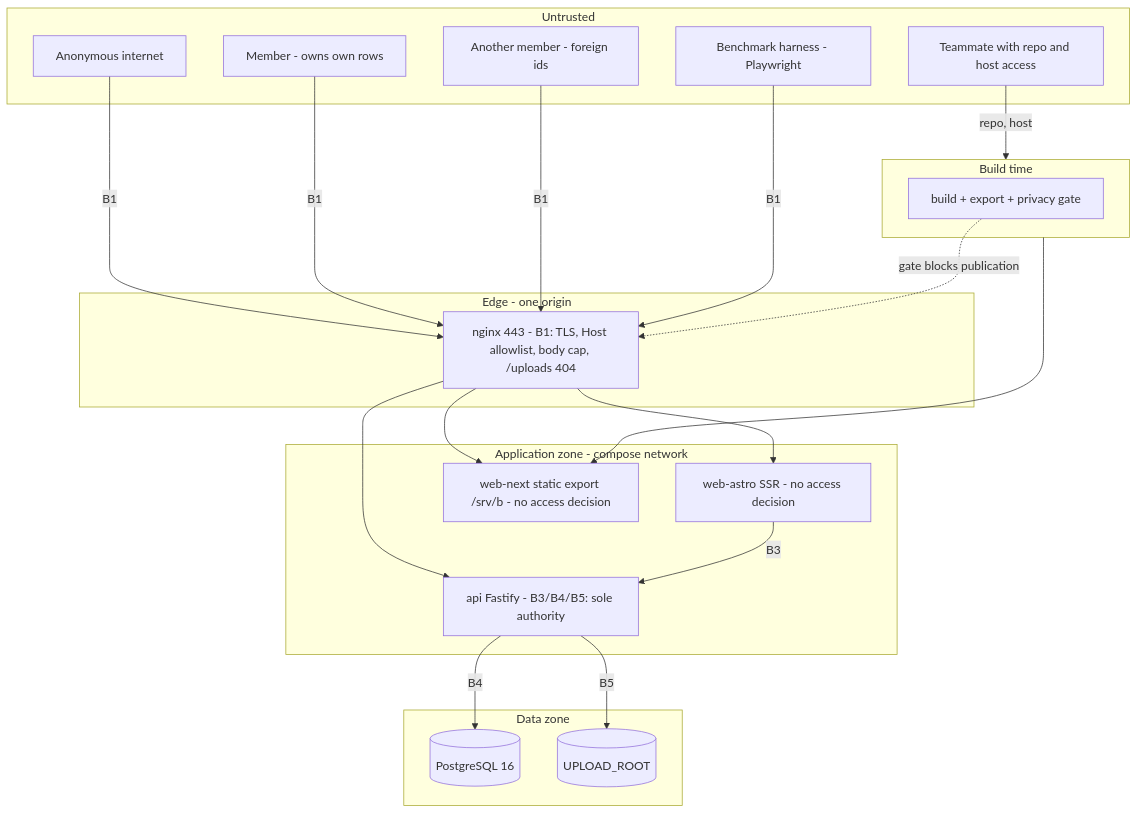
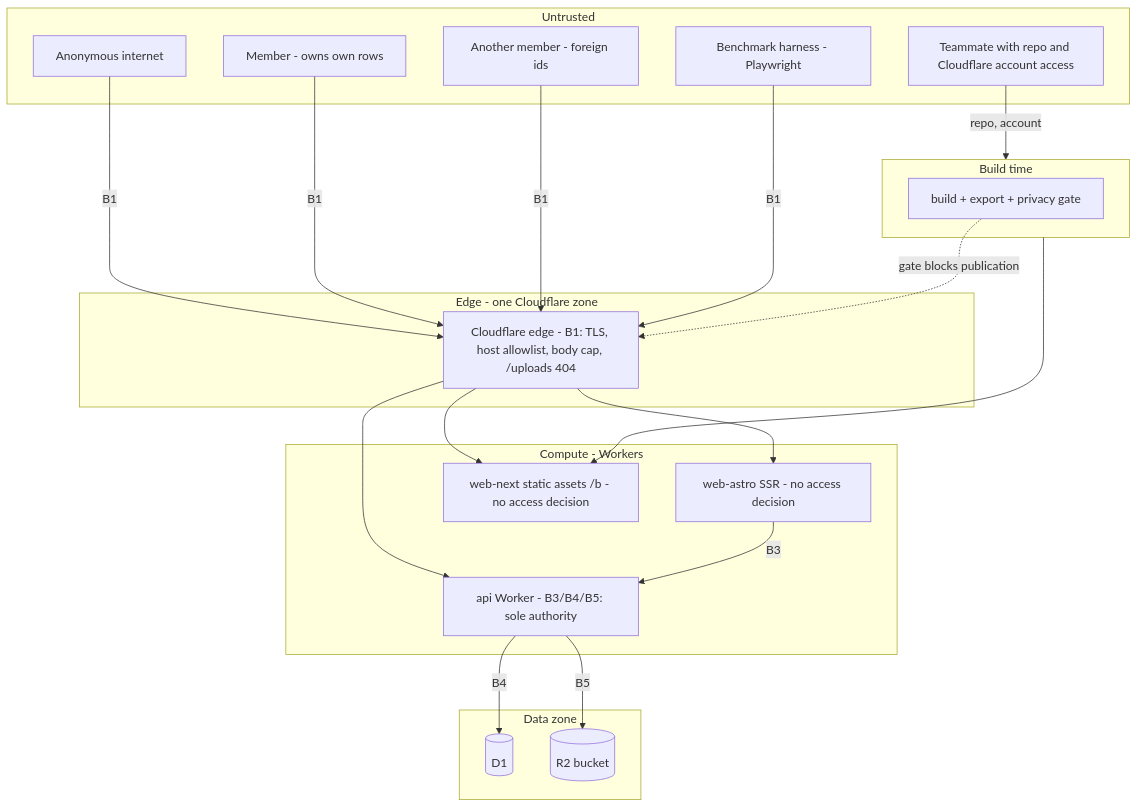
One commit to mhiqrambg/rweb-task-management changed the diagram in .planning/07-security-architecture.md. Above: the diagram before and after it, drawn with Mermaid. The commit also changed other lines of this file and 18 other files, not shown here.

First line of the commit message:
docs: align the planning set and root docs to Cloudflare Workers + D1 + R2

````diff
--- a/.planning/07-security-architecture.md
+++ b/.planning/07-security-architecture.md
@@ -57,38 +57,39 @@
 ```mermaid
 flowchart TB
   subgraph U["Untrusted"]
     ANON["Anonymous internet"]
     MEM["Member - owns own rows"]
     OTH["Another member - foreign ids"]
     HARN["Benchmark harness - Playwright"]
-    TEAM["Teammate with repo and host access"]
+    TEAM["Teammate with repo and Cloudflare account access"]
   end
-  subgraph E["Edge - one origin"]
-    PX["nginx 443 - B1: TLS, Host allowlist, body cap, /uploads 404"]
+  subgraph E["Edge - one Cloudflare zone"]
+    PX["Cloudflare edge - B1: TLS, host allowlist, body cap, /uploads 404"]
   end
-  subgraph A["Application zone - compose network"]
+  subgraph A["Compute - Workers"]
     AST["web-astro SSR - no access decision"]
-    NXT["web-next static export /srv/b - no access decision"]
-    API["api Fastify - B3/B4/B5: sole authority"]
+    NXT["web-next static assets /b - no access decision"]
+    API["api Worker - B3/B4/B5: sole authority"]
   end
+
   subgraph D["Data zone"]
-    PG[("PostgreSQL 16")]
-    FS[("UPLOAD_ROOT")]
+    PG[("D1")]
+    FS[("R2 bucket")]
   end
   subgraph BT["Build time"]
     CI["build + export + privacy gate"]
   end
   ANON -->|B1| PX
   MEM -->|B1| PX
   OTH -->|B1| PX
   HARN -->|B1| PX
   PX --> AST
   PX --> NXT
   PX --> API
   AST -->|B3| API
   API -->|B4| PG
   API -->|B5| FS
-  TEAM -->|"repo, host"| BT
+  TEAM -->|"repo, account"| BT
   BT --> NXT
   CI -.->|"gate blocks publication"| PX
 ```
````
